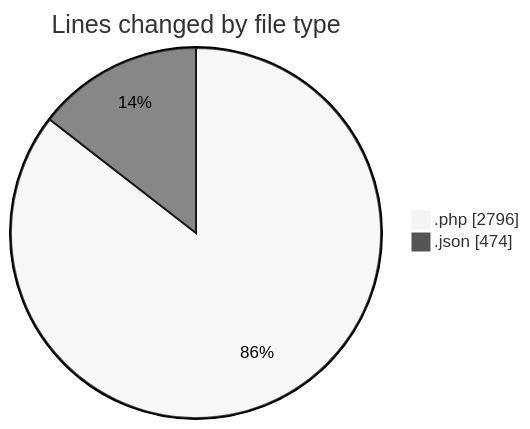
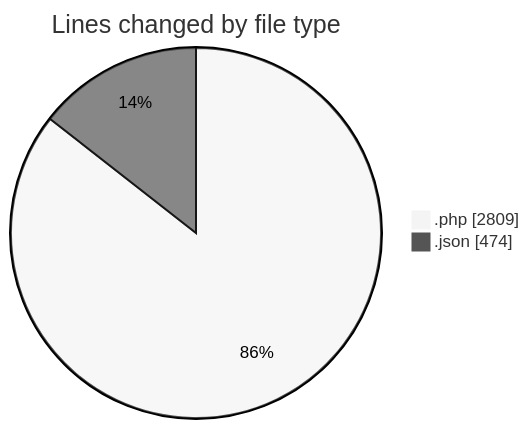
One commit to idhammustaqopulfikri/code-tracking changed the first of 2 diagrams in 2025-06-16/studio-backend/README.md. Above: the diagram before and after it, drawn with Mermaid (neutral theme). The commit also changed other lines of this file and 1 other file, not shown here.

````diff
--- a/2025-06-16/studio-backend/README.md
+++ b/2025-06-16/studio-backend/README.md
@@ -36,6 +36,6 @@
 ```mermaid
 pie showData
 title Lines changed by file type
-".php" : 2796
+".php" : 2809
 ".json" : 474
 ```
````
